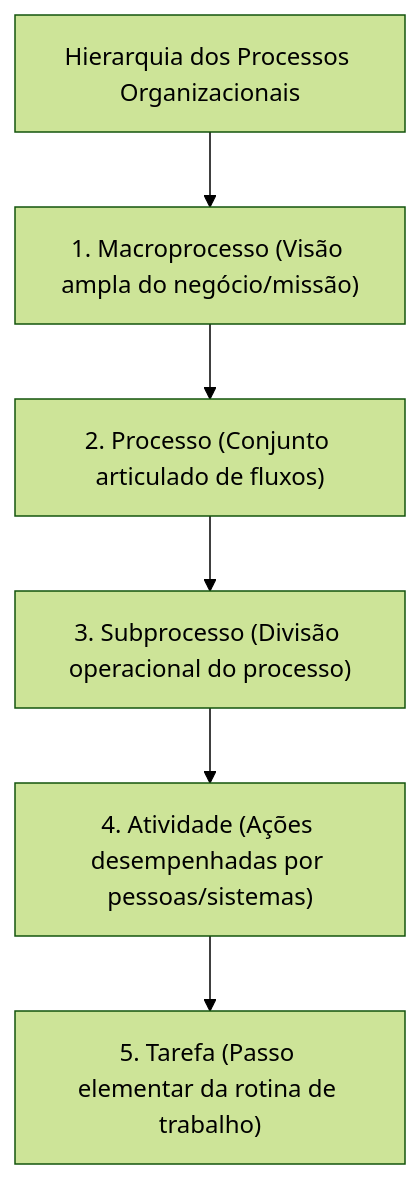
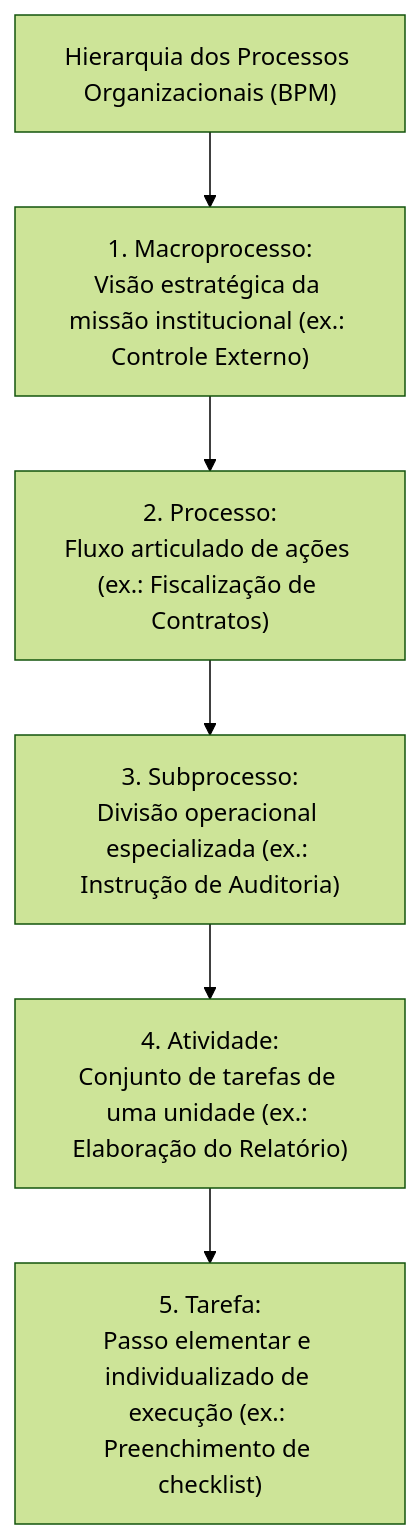
One commit to thiagosantos346/TCE-GO-2027 changed the fourth of 6 diagrams in fontes_de_estudo/conhecimentos_especificos_a01_tecnico_administrativo/21_nocoes_de_administracao_publica/03_gestao_da_qualidade_processos_projetos_e_decreto_9094.md. Above: the diagram before and after it, drawn with Mermaid (forest theme). The commit also changed other lines of this file and 119 other files, not shown here.

````diff
--- a/fontes_de_estudo/conhecimentos_especificos_a01_tecnico_administrativo/21_nocoes_de_administracao_publica/03_gestao_da_qualidade_processos_projetos_e_decreto_9094.md
+++ b/fontes_de_estudo/conhecimentos_especificos_a01_tecnico_administrativo/21_nocoes_de_administracao_publica/03_gestao_da_qualidade_processos_projetos_e_decreto_9094.md
@@ -152,10 +165,10 @@
 ```mermaid
 flowchart TD
-    Hierarquia["Hierarquia dos Processos Organizacionais"]
+    Hierarquia["Hierarquia dos Processos Organizacionais (BPM)"]
     
-    Hierarquia --> Macro["1. Macroprocesso (Visão ampla do negócio/missão)"]
-    Macro --> Proc["2. Processo (Conjunto articulado de fluxos)"]
-    Proc --> Sub["3. Subprocesso (Divisão operacional do processo)"]
-    Sub --> Ativ["4. Atividade (Ações desempenhadas por pessoas/sistemas)"]
-    Ativ --> Tar["5. Tarefa (Passo elementar da rotina de trabalho)"]
+    Hierarquia --> Macro["1. Macroprocesso:<br/>Visão estratégica da missão institucional (ex.: Controle Externo)"]
+    Macro --> Proc["2. Processo:<br/>Fluxo articulado de ações (ex.: Fiscalização de Contratos)"]
+    Proc --> Sub["3. Subprocesso:<br/>Divisão operacional especializada (ex.: Instrução de Auditoria)"]
+    Sub --> Ativ["4. Atividade:<br/>Conjunto de tarefas de uma unidade (ex.: Elaboração do Relatório)"]
+    Ativ --> Tar["5. Tarefa:<br/>Passo elementar e individualizado de execução (ex.: Preenchimento de checklist)"]
 ```
````
